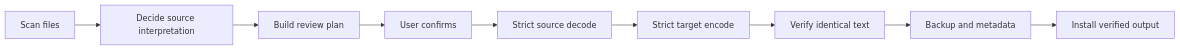
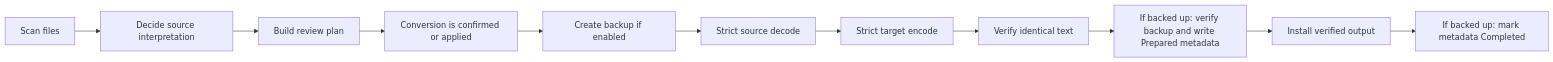
One commit to amrali-eg/EncodingChecker changed the diagram in docs/CONVERSION-WORKFLOW.md. Above: the diagram before and after it, drawn with Mermaid. The commit also changed other lines of this file, not shown here.

Commit message:
Correct the documented conversion workflow
Show that backups are created before decoding, place prepared/completed recovery metadata around installation, and align the direct-versus-plan recommendation with command-line help.

````diff
--- a/docs/CONVERSION-WORKFLOW.md
+++ b/docs/CONVERSION-WORKFLOW.md
@@ -34,11 +34,13 @@
 ```mermaid
 flowchart LR
     A[Scan files] --> B[Decide source interpretation]
     B --> C[Build review plan]
-    C --> D[User confirms]
-    D --> E[Strict source decode]
-    E --> F[Strict target encode]
-    F --> G[Verify identical text]
-    G --> H[Backup and metadata]
-    H --> I[Install verified output]
+    C --> D[Conversion is confirmed or applied]
+    D --> E[Create backup if enabled]
+    E --> F[Strict source decode]
+    F --> G[Strict target encode]
+    G --> H[Verify identical text]
+    H --> I[If backed up: verify backup and write Prepared metadata]
+    I --> J[Install verified output]
+    J --> K[If backed up: mark metadata Completed]
 ```
````
